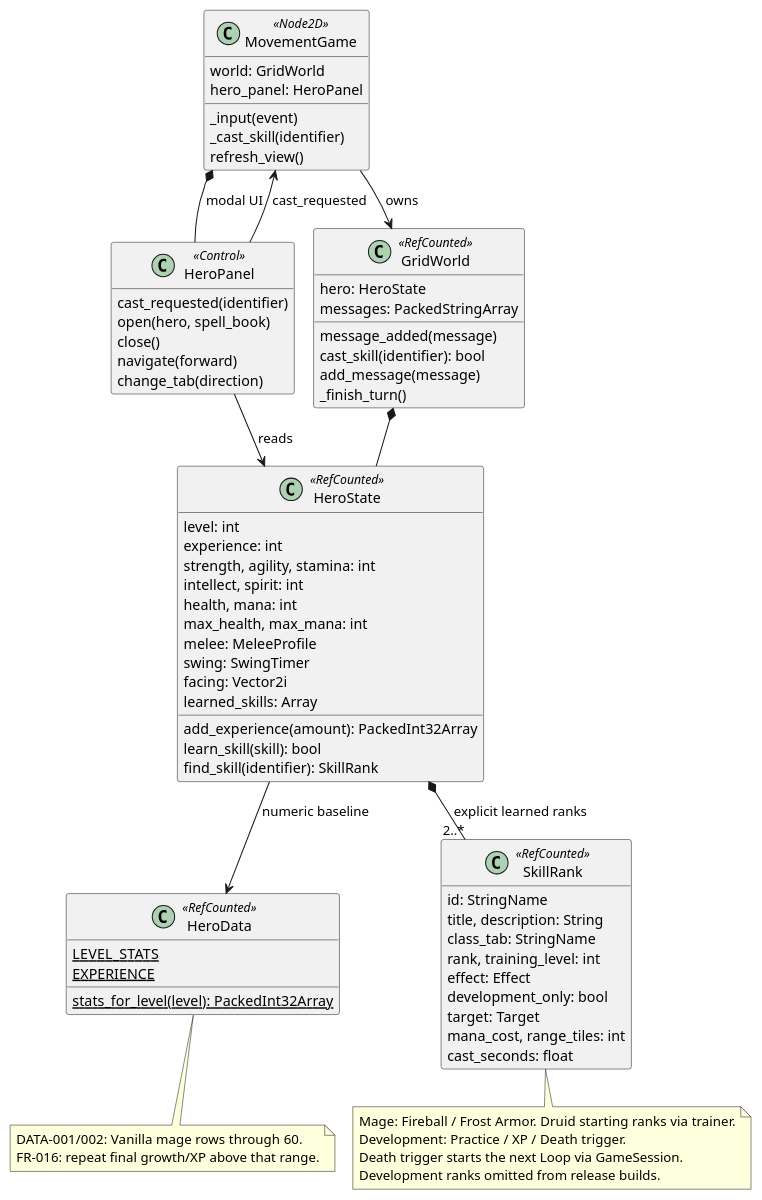
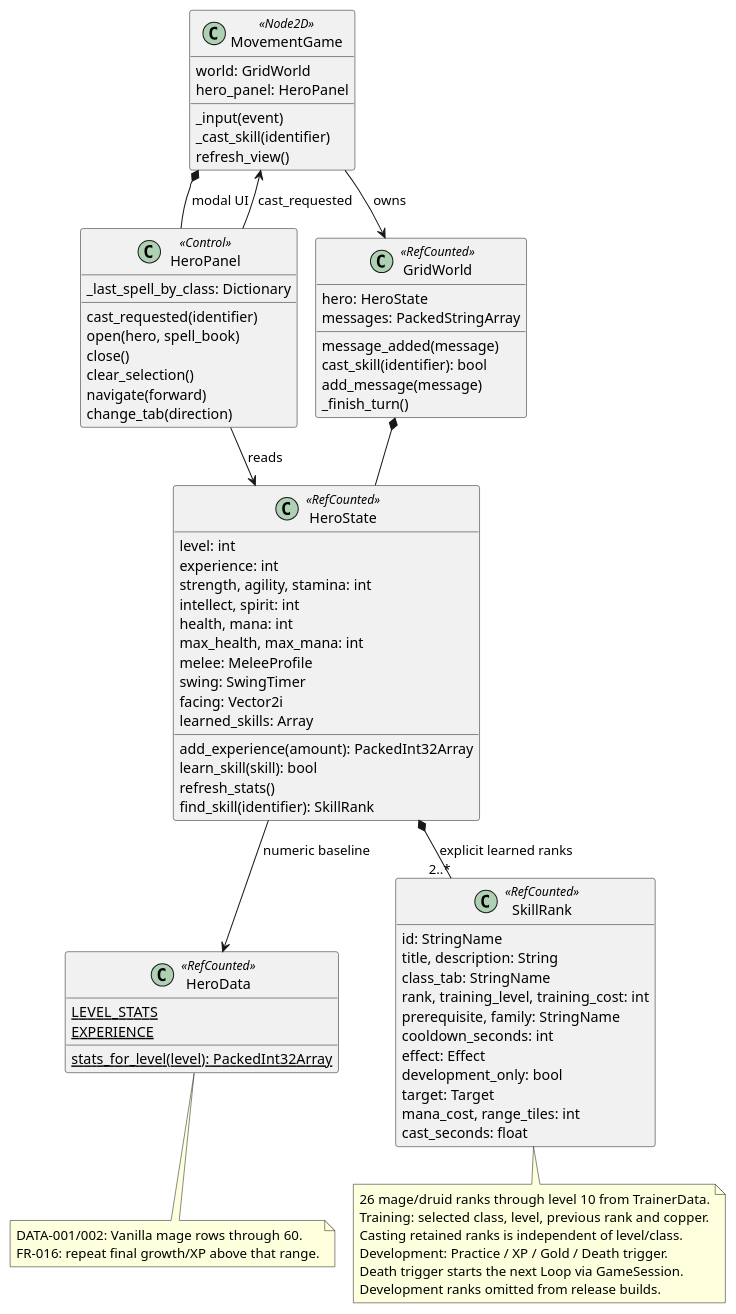
One commit to VHonzik/Ostinato changed the diagram in docs/architecture/classes/hero.puml. Above: the diagram before and after it, drawn with PlantUML. The commit also changed 48 other files, not shown here.

```diff
--- a/docs/architecture/classes/hero.puml
+++ b/docs/architecture/classes/hero.puml
@@ -1,78 +1,85 @@
 @startuml
 !pragma layout smetana
 skinparam shadowing false
 skinparam classAttributeIconSize 0
 hide empty members
 
 class MovementGame <<Node2D>> {
   world: GridWorld
   hero_panel: HeroPanel
   _input(event)
   _cast_skill(identifier)
   refresh_view()
 }
 class HeroPanel <<Control>> {
   cast_requested(identifier)
+  _last_spell_by_class: Dictionary
   open(hero, spell_book)
   close()
+  clear_selection()
   navigate(forward)
   change_tab(direction)
 }
 class GridWorld <<RefCounted>> {
   hero: HeroState
   messages: PackedStringArray
   message_added(message)
   cast_skill(identifier): bool
   add_message(message)
   _finish_turn()
 }
 class HeroState <<RefCounted>> {
   level: int
   experience: int
   strength, agility, stamina: int
   intellect, spirit: int
   health, mana: int
   max_health, max_mana: int
   melee: MeleeProfile
   swing: SwingTimer
   facing: Vector2i
   learned_skills: Array
   add_experience(amount): PackedInt32Array
   learn_skill(skill): bool
+  refresh_stats()
   find_skill(identifier): SkillRank
 }
 class HeroData <<RefCounted>> {
   {static} LEVEL_STATS
   {static} EXPERIENCE
   {static} stats_for_level(level): PackedInt32Array
 }
 class SkillRank <<RefCounted>> {
   id: StringName
   title, description: String
   class_tab: StringName
-  rank, training_level: int
+  rank, training_level, training_cost: int
+  prerequisite, family: StringName
+  cooldown_seconds: int
   effect: Effect
   development_only: bool
   target: Target
   mana_cost, range_tiles: int
   cast_seconds: float
 }
 MovementGame --> GridWorld : owns
 MovementGame *-- HeroPanel : modal UI
 HeroPanel --> HeroState : reads
 HeroPanel --> MovementGame : cast_requested
 GridWorld *-- HeroState
 HeroState --> HeroData : numeric baseline
 HeroState *-- "2..*" SkillRank : explicit learned ranks
 
 note bottom of HeroData
 DATA-001/002: Vanilla mage rows through 60.
 FR-016: repeat final growth/XP above that range.
 end note
 note bottom of SkillRank
-Mage: Fireball / Frost Armor. Druid starting ranks via trainer.
-Development: Practice / XP / Death trigger.
+26 mage/druid ranks through level 10 from TrainerData.
+Training: selected class, level, previous rank and copper.
+Casting retained ranks is independent of level/class.
+Development: Practice / XP / Gold / Death trigger.
 Death trigger starts the next Loop via GameSession.
 Development ranks omitted from release builds.
 end note
 @enduml
```
